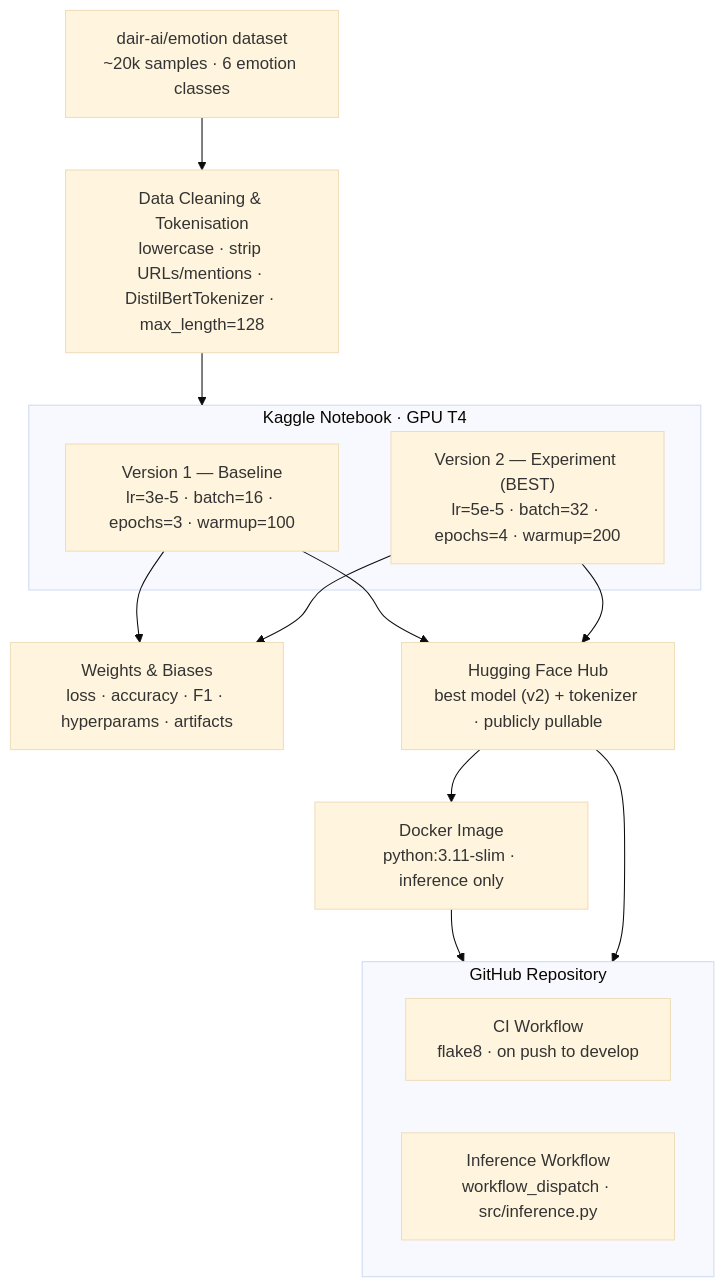
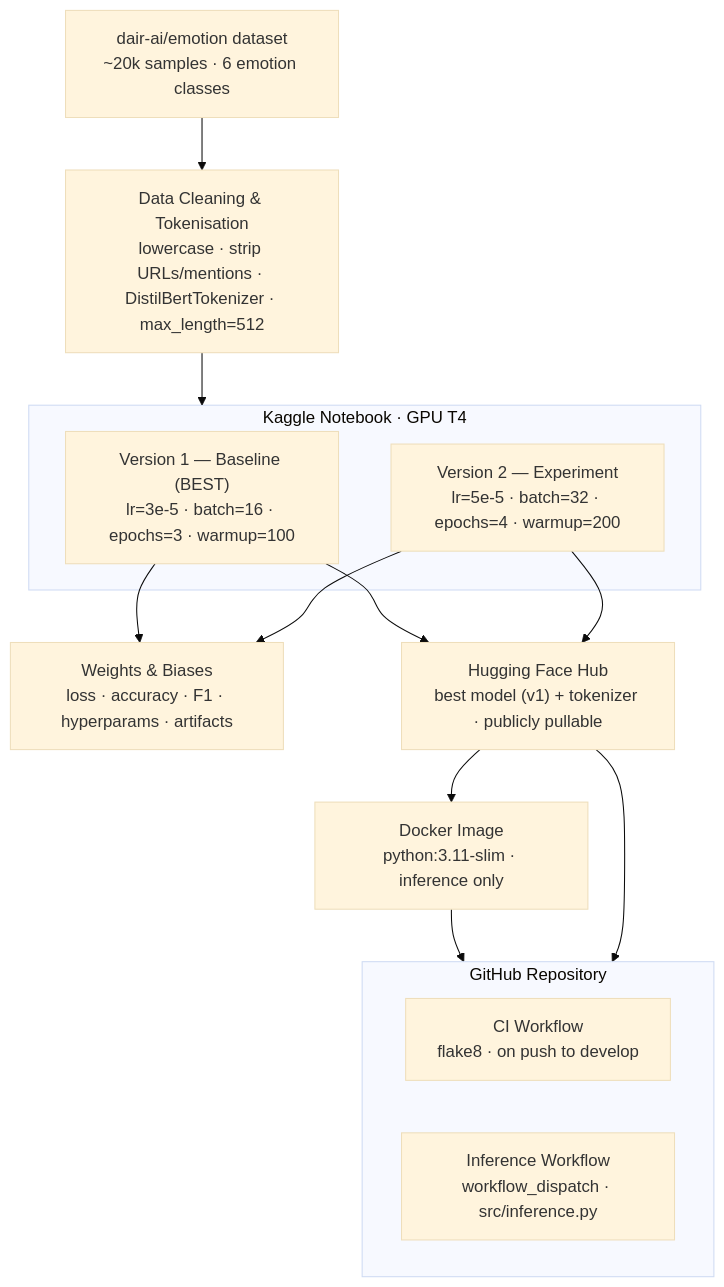
Before and after one commit to aniliter-cloud/ml-ops-group-project: the diagram in README.md, drawn with Mermaid (base theme). The commit also changed other lines of this file, not shown here.

Commit message:
Update README to reflect changes in tokenization length and model selection for emotion detection pipeline

````diff
--- a/README.md
+++ b/README.md
@@ -21,29 +21,29 @@
 ```mermaid
 flowchart TD
     A[" dair-ai/emotion dataset\n~20k samples · 6 emotion classes"]
-    B[" Data Cleaning & Tokenisation\nlowercase · strip URLs/mentions · DistilBertTokenizer · max_length=128"]
+    B[" Data Cleaning & Tokenisation\nlowercase · strip URLs/mentions · DistilBertTokenizer · max_length=512"]
 
     subgraph KAGGLE["  Kaggle Notebook · GPU T4"]
-        V1["Version 1 — Baseline\nlr=3e-5 · batch=16 · epochs=3 · warmup=100"]
-        V2["Version 2 — Experiment (BEST)\nlr=5e-5 · batch=32 · epochs=4 · warmup=200"]
+        V1["Version 1 — Baseline (BEST)\nlr=3e-5 · batch=16 · epochs=3 · warmup=100"]
+        V2["Version 2 — Experiment\nlr=5e-5 · batch=32 · epochs=4 · warmup=200"]
     end
 
     C[" Weights & Biases\nloss · accuracy · F1 · hyperparams · artifacts"]
-    D[" Hugging Face Hub\nbest model (v2) + tokenizer · publicly pullable"]
+    D[" Hugging Face Hub\nbest model (v1) + tokenizer · publicly pullable"]
     E[" Docker Image\npython:3.11-slim · inference only"]
 
     subgraph GITHUB["  GitHub Repository"]
         G1["CI Workflow\nflake8 · on push to develop"]
         G2["Inference Workflow\nworkflow_dispatch · src/inference.py"]
     end
 
     A --> B
     B --> KAGGLE
     V1 --> C
     V2 --> C
     V1 --> D
     V2 --> D
     D --> E
     E --> GITHUB
     D --> GITHUB
 ```
````
